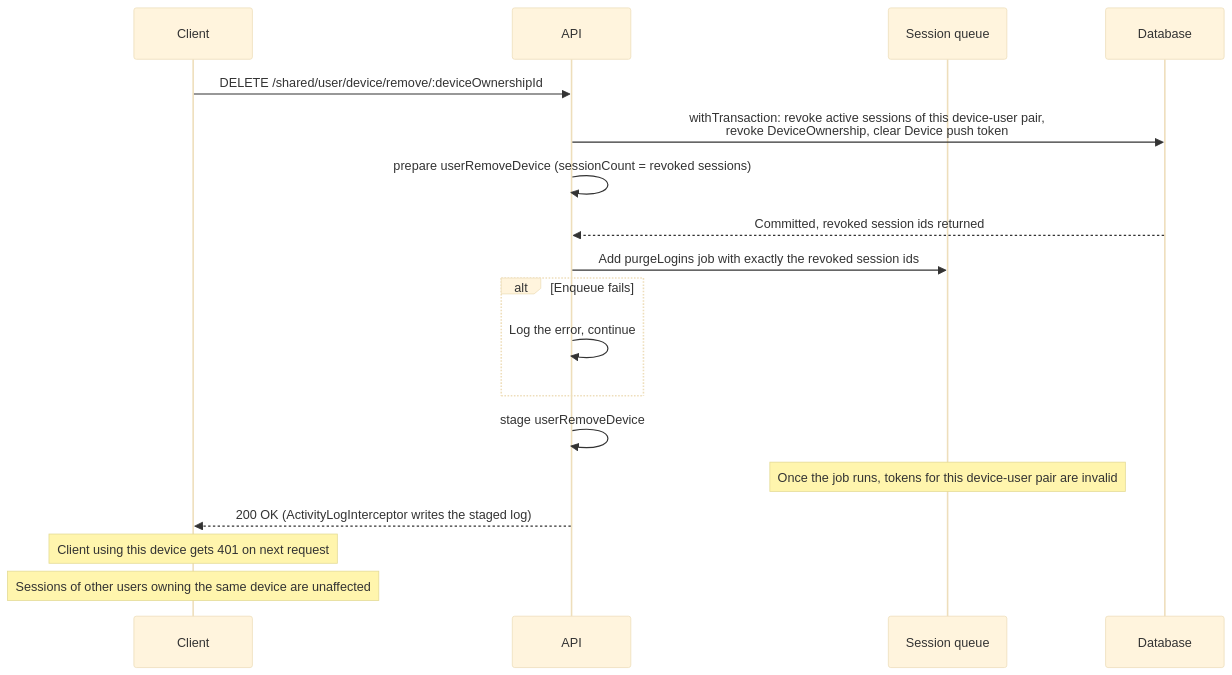
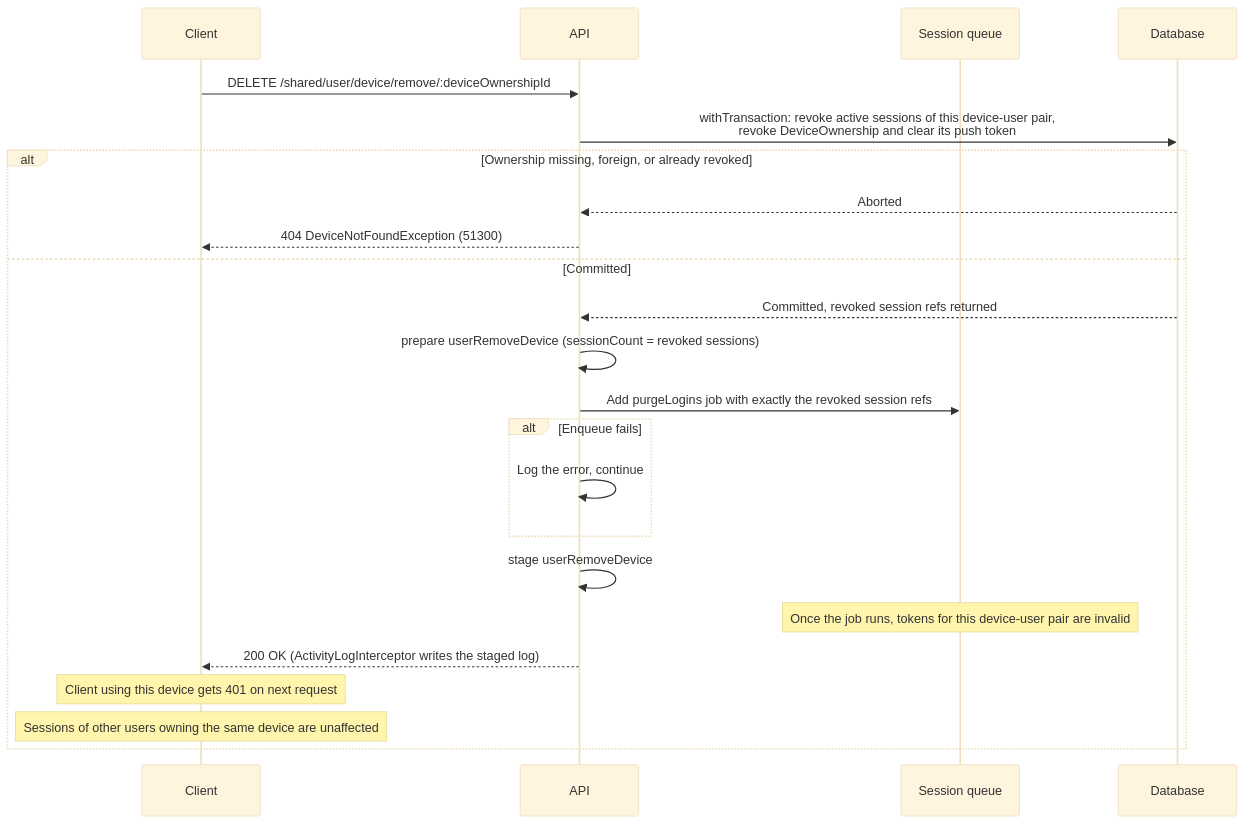
One commit to andrechristikan/ack-nestjs-boilerplate changed the diagram in docs/device.md. Above: the diagram before and after it, drawn with Mermaid (base theme). The commit also changed other lines of this file and 95 other files, not shown here.

Commit message:
feat(user): resend verification on unverified login and hold one signed-in user per device

````diff
--- a/docs/device.md
+++ b/docs/device.md
@@ -190,21 +247,26 @@
 ```mermaid
 sequenceDiagram
     participant Client
     participant API
     participant Queue as Session queue
     participant Database
 
     Client->>API: DELETE /shared/user/device/remove/:deviceOwnershipId
-    API->>Database: withTransaction: revoke active sessions of this device-user pair,<br/>revoke DeviceOwnership, clear Device push token
-    API->>API: prepare userRemoveDevice (sessionCount = revoked sessions)
-    Database-->>API: Committed, revoked session ids returned
-    API->>Queue: Add purgeLogins job with exactly the revoked session ids
-    alt Enqueue fails
-        API->>API: Log the error, continue
+    API->>Database: withTransaction: revoke active sessions of this device-user pair,<br/>revoke DeviceOwnership and clear its push token
+    alt Ownership missing, foreign, or already revoked
+        Database-->>API: Aborted
+        API-->>Client: 404 DeviceNotFoundException (51300)
+    else Committed
+        Database-->>API: Committed, revoked session refs returned
+        API->>API: prepare userRemoveDevice (sessionCount = revoked sessions)
+        API->>Queue: Add purgeLogins job with exactly the revoked session refs
+        alt Enqueue fails
+            API->>API: Log the error, continue
+        end
+        API->>API: stage userRemoveDevice
+        Note over Queue: Once the job runs, tokens for this device-user pair are invalid
+        API-->>Client: 200 OK (ActivityLogInterceptor writes the staged log)
+        Note over Client: Client using this device gets 401 on next request
+        Note over Client: Sessions of other users owning the same device are unaffected
     end
-    API->>API: stage userRemoveDevice
-    Note over Queue: Once the job runs, tokens for this device-user pair are invalid
-    API-->>Client: 200 OK (ActivityLogInterceptor writes the staged log)
-    Note over Client: Client using this device gets 401 on next request
-    Note over Client: Sessions of other users owning the same device are unaffected
 ```
````
